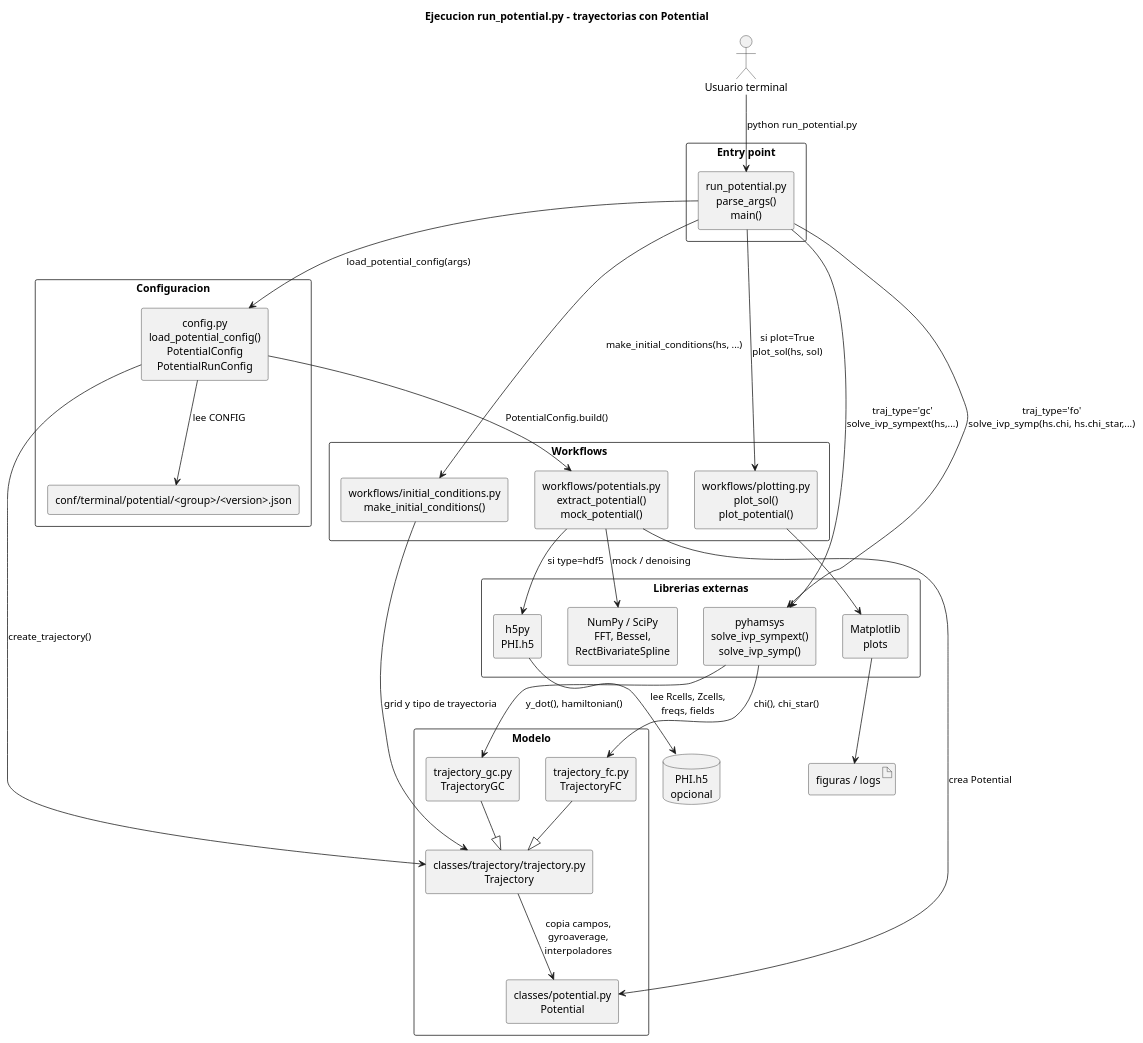
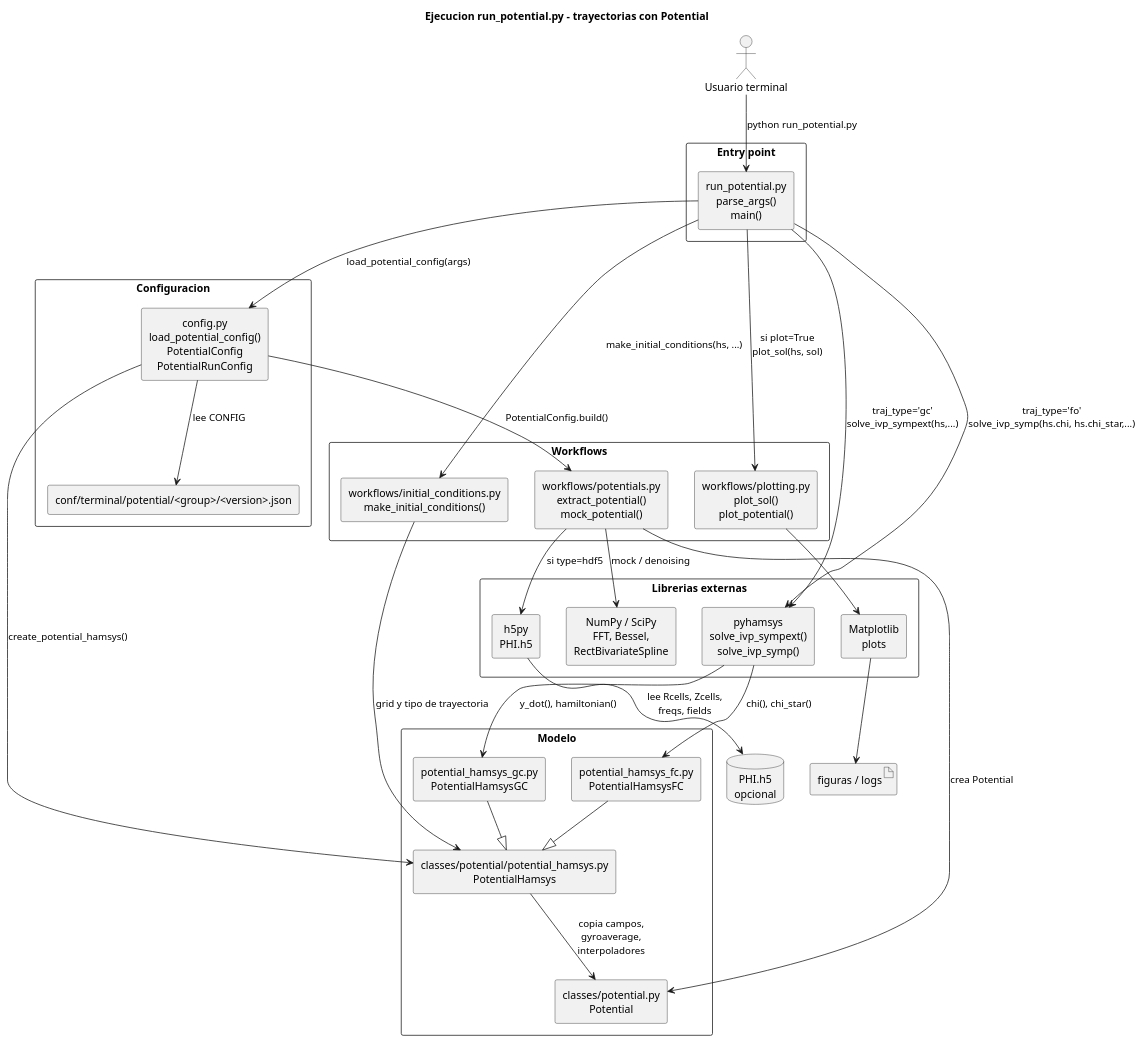
One commit to Jugibe-52/GC2D_intranet changed the diagram in docs/potential_execution/flow.puml. Above: the diagram before and after it, drawn with PlantUML. The commit also changed 23 other files, not shown here.

```diff
--- a/docs/potential_execution/flow.puml
+++ b/docs/potential_execution/flow.puml
@@ -1,69 +1,69 @@
 @startuml Trajectory_potential_execution_flow
 title Ejecucion run_potential.py - trayectorias con Potential
 
 skinparam componentStyle rectangle
 skinparam shadowing false
 skinparam packageStyle rectangle
 skinparam defaultTextAlignment center
 
 actor "Usuario terminal" as user
 
 package "Entry point" {
   component "run_potential.py\nparse_args()\nmain()" as cli
 }
 
 package "Configuracion" {
   component "conf/terminal/potential/<group>/<version>.json" as json
   component "config.py\nload_potential_config()\nPotentialConfig\nPotentialRunConfig" as config
 }
 
 package "Workflows" {
   component "workflows/potentials.py\nextract_potential()\nmock_potential()" as potentials
   component "workflows/plotting.py\nplot_sol()\nplot_potential()" as plotting
   component "workflows/initial_conditions.py\nmake_initial_conditions()" as initial_conditions
 }
 
 package "Modelo" {
   component "classes/potential.py\nPotential" as potential
-  component "classes/trajectory/trajectory.py\nTrajectory" as trajectory
-  component "trajectory_gc.py\nTrajectoryGC" as trajectory_gc
-  component "trajectory_fc.py\nTrajectoryFC" as trajectory_fc
+  component "classes/potential/potential_hamsys.py\nPotentialHamsys" as trajectory
+  component "potential_hamsys_gc.py\nPotentialHamsysGC" as trajectory_gc
+  component "potential_hamsys_fc.py\nPotentialHamsysFC" as trajectory_fc
 }
 
 package "Librerias externas" {
   component "h5py\nPHI.h5" as h5py
   component "NumPy / SciPy\nFFT, Bessel,\nRectBivariateSpline" as scipy
   component "pyhamsys\nsolve_ivp_sympext()\nsolve_ivp_symp()" as pyhamsys
   component "Matplotlib\nplots" as mpl
 }
 
 database "PHI.h5\nopcional" as hdf5
 artifact "figuras / logs" as outputs
 
 user --> cli : python run_potential.py
 cli --> config : load_potential_config(args)
 config --> json : lee CONFIG
 
 config --> potentials : PotentialConfig.build()
 potentials --> h5py : si type=hdf5
 h5py --> hdf5 : lee Rcells, Zcells,\nfreqs, fields
 potentials --> potential : crea Potential
 potentials --> scipy : mock / denoising
 
-config --> trajectory : create_trajectory()
+config --> trajectory : create_potential_hamsys()
 trajectory_gc --|> trajectory
 trajectory_fc --|> trajectory
 trajectory --> potential : copia campos,\ngyroaverage,\ninterpoladores
 
 cli --> initial_conditions : make_initial_conditions(hs, ...)
 initial_conditions --> trajectory : grid y tipo de trayectoria
 cli --> pyhamsys : traj_type='gc'\nsolve_ivp_sympext(hs,...)
 cli --> pyhamsys : traj_type='fo'\nsolve_ivp_symp(hs.chi, hs.chi_star,...)
 pyhamsys --> trajectory_gc : y_dot(), hamiltonian()
 pyhamsys --> trajectory_fc : chi(), chi_star()
 
 cli --> plotting : si plot=True\nplot_sol(hs, sol)
 plotting --> mpl
 mpl --> outputs
 
 @enduml
```
